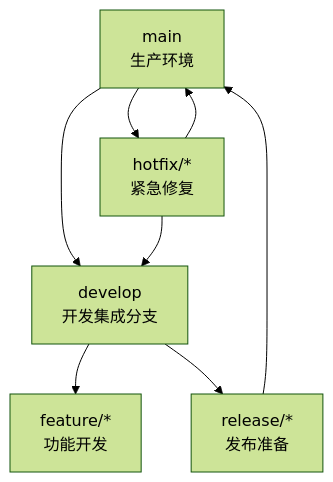
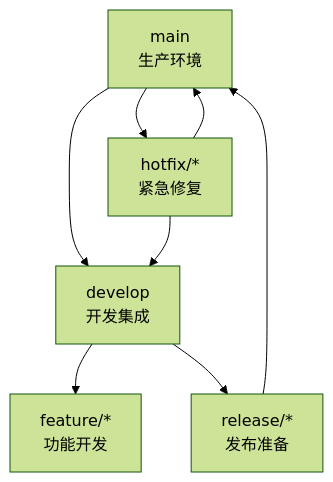
Before and after one commit to Treasoni/Study-Notes: the second of 2 diagrams in Git/分支管理最佳实践.md, drawn with Mermaid (forest theme). The commit also changed other lines of this file and 1 other file, not shown here.

````diff
--- a/Git/分支管理最佳实践.md
+++ b/Git/分支管理最佳实践.md
@@ -75,10 +94,10 @@
 ```mermaid
 flowchart TB
-    A[main<br>生产环境] --> B[develop<br>开发集成分支]
+    A[main<br>生产环境] --> B[develop<br>开发集成]
     B --> C[feature/*<br>功能开发]
     B --> D[release/*<br>发布准备]
     D --> A
     A --> E[hotfix/*<br>紧急修复]
     E --> A
     E --> B
 ```
````
